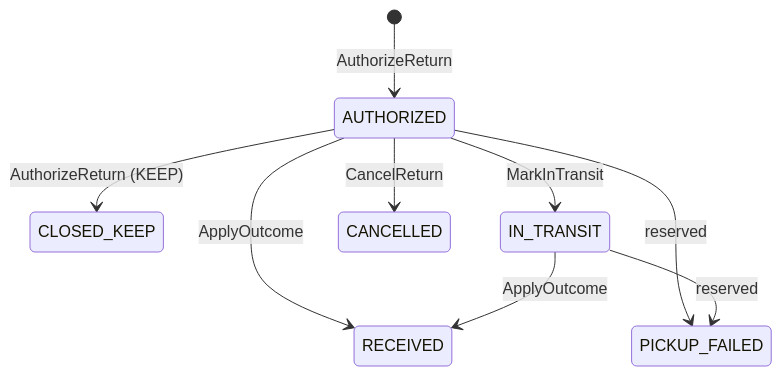
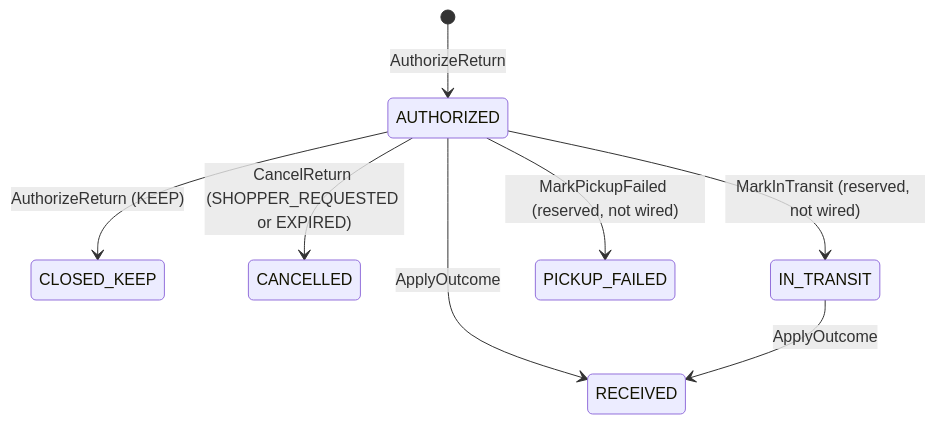
The diagram in docs/docs/ddd/aggregate-design-canvas.md (IQVO/customer-returns), drawn with Mermaid before and after one commit. The commit also changed other lines of this file and 9 other files, not shown here.

````diff
--- a/docs/docs/ddd/aggregate-design-canvas.md
+++ b/docs/docs/ddd/aggregate-design-canvas.md
@@ -26,11 +26,10 @@
 ```mermaid
 stateDiagram-v2
     [*] --> AUTHORIZED: AuthorizeReturn
     AUTHORIZED --> CLOSED_KEEP: AuthorizeReturn (KEEP)
-    AUTHORIZED --> IN_TRANSIT: MarkInTransit
-    AUTHORIZED --> CANCELLED: CancelReturn
+    AUTHORIZED --> CANCELLED: CancelReturn (SHOPPER_REQUESTED or EXPIRED)
     AUTHORIZED --> RECEIVED: ApplyOutcome
+    AUTHORIZED --> IN_TRANSIT: MarkInTransit (reserved, not wired)
     IN_TRANSIT --> RECEIVED: ApplyOutcome
-    AUTHORIZED --> PICKUP_FAILED: reserved
-    IN_TRANSIT --> PICKUP_FAILED: reserved
+    AUTHORIZED --> PICKUP_FAILED: MarkPickupFailed (reserved, not wired)
 ```
````
